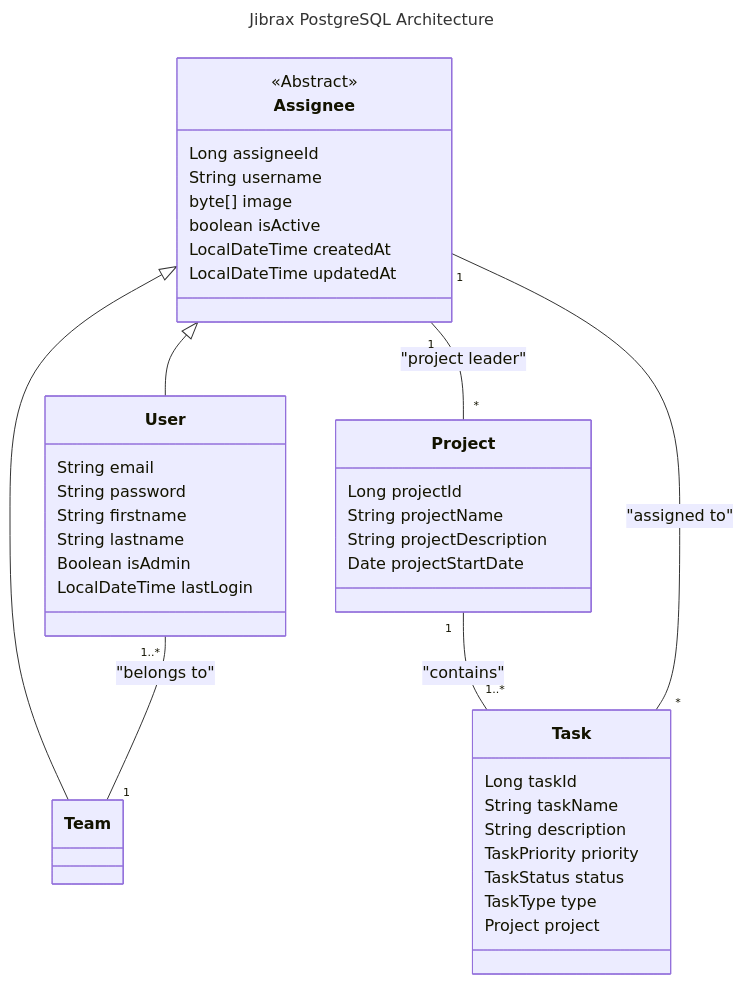
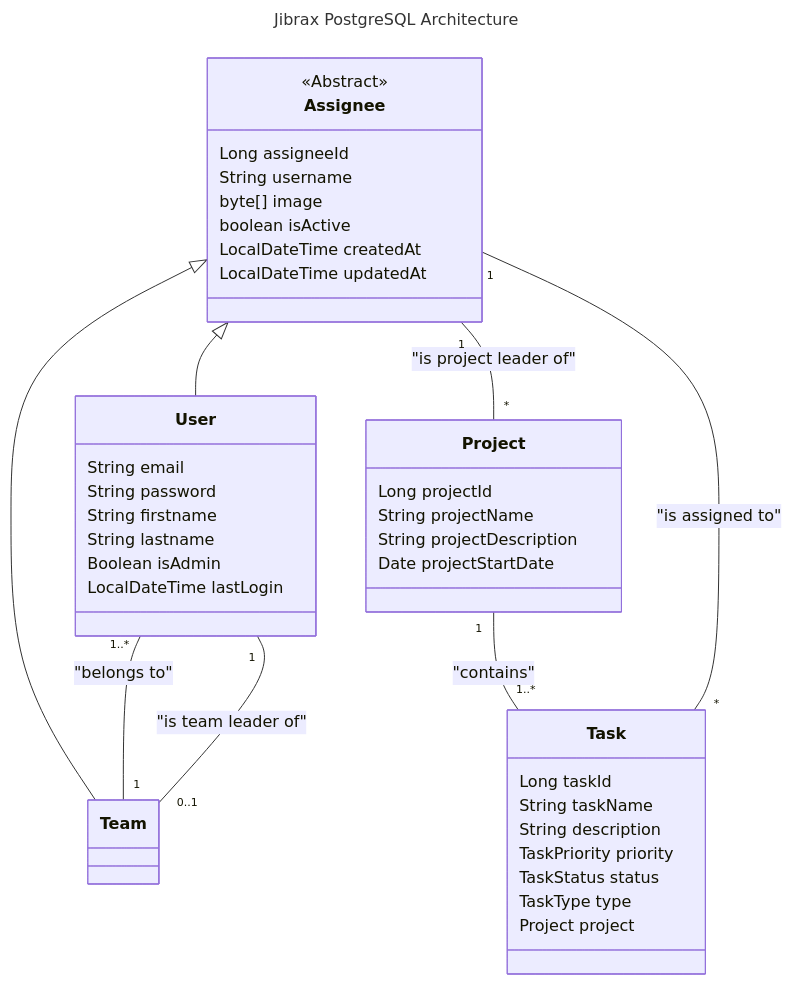
The diagram in README.md (theoduluard/Jibrax-API), drawn with Mermaid before and after one commit. The commit also changed other lines of this file and 7 other files, not shown here.

````diff
--- a/README.md
+++ b/README.md
@@ -39,53 +39,54 @@
 ```mermaid
 ---
 title: Jibrax PostgreSQL Architecture
 ---
 classDiagram
     Assignee <|-- User
     Assignee <|-- Team
 
     User "1..*" -- "1" Team : "belongs to"
-    Assignee "1" -- "*" Project : "project leader"
+    Assignee "1" -- "*" Project : "is project leader of"
     Project "1" -- "1..*" Task : "contains"
-    Task "*" -- "1" Assignee : "assigned to"
+    Task "*" -- "1" Assignee : "is assigned to"
+    User "1" -- "0..1" Team : "is team leader of"
     
     class Assignee {
         Long assigneeId
         String username
         byte[] image
         boolean isActive
         LocalDateTime createdAt
         LocalDateTime updatedAt
     }
 
     class User{
         String email
         String password
         String firstname
         String lastname
         Boolean isAdmin
         LocalDateTime lastLogin
     }
 
     class Team{
     }
 
     class Project{
         Long projectId
         String projectName
         String projectDescription
         Date projectStartDate
     }
     
     class Task{
         Long taskId
         String taskName
         String description
         TaskPriority priority
         TaskStatus status
         TaskType type
         Project project
     }
     
     <<Abstract>> Assignee
 ```
````
